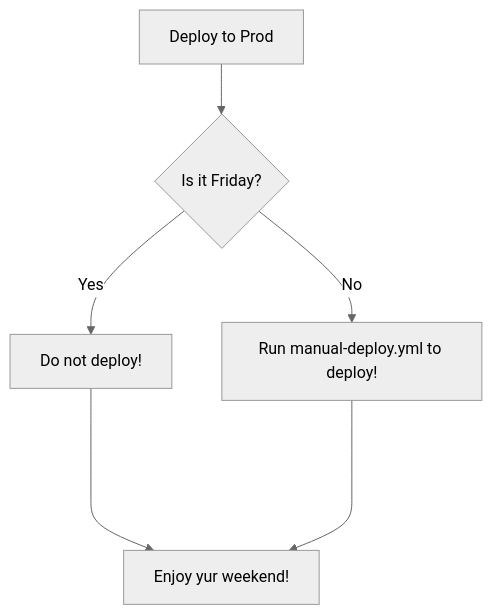
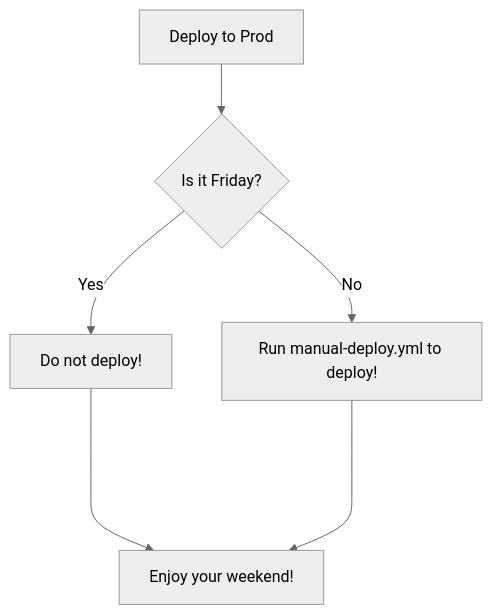
One commit to oaviles/hello_workflows changed the diagram in README.md. Above: the diagram before and after it, drawn with Mermaid (neutral theme).

````diff
--- a/README.md
+++ b/README.md
@@ -17,8 +17,8 @@
 ```mermaid
 flowchart TD
     A[Deploy to Prod] --> B{Is it Friday?};
     B -- Yes --> C[Do not deploy!];
     B -- No --> D[Run manual-deploy.yml to deploy!];
-    C ----> E[Enjoy yur weekend!];
-    D ----> E[Enjoy yur weekend!];
+    C ----> E[Enjoy your weekend!];
+    D ----> E[Enjoy your weekend!];
 ```
````
